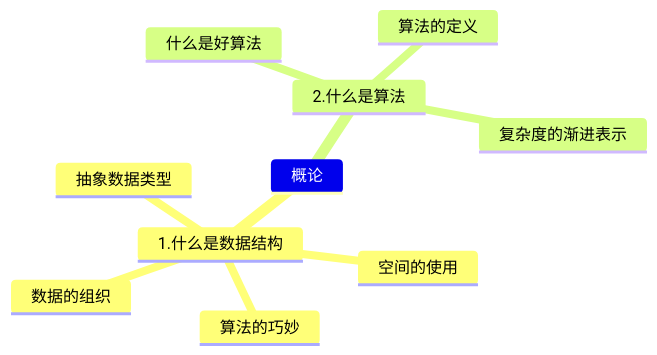
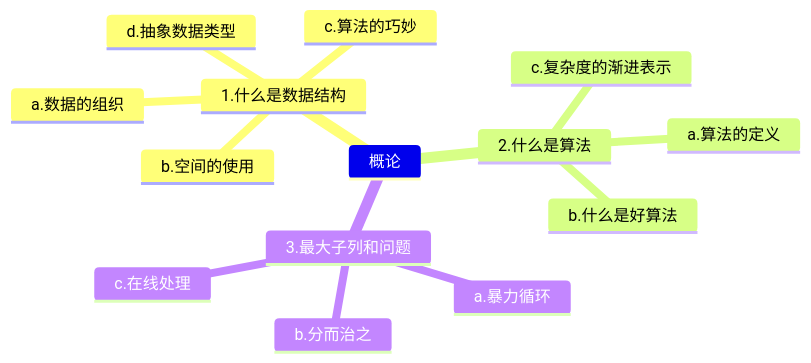
The first of 5 diagrams in 数据结构.md (novpath/Data-Structure), drawn with Mermaid before and after one commit. The commit also changed other lines of this file and 4 other files, not shown here.

````diff
--- a/数据结构.md
+++ b/数据结构.md
@@ -5,13 +5,17 @@
 ```mermaid
 mindmap
 	概论
 		1.什么是数据结构
-			数据的组织
-			空间的使用
-			算法的巧妙
-			抽象数据类型
+			a.数据的组织
+			b.空间的使用
+			c.算法的巧妙
+			d.抽象数据类型
 		2.什么是算法
-			算法的定义
-			什么是好算法
-			复杂度的渐进表示
+			a.算法的定义
+			b.什么是好算法
+			c.复杂度的渐进表示
+		3.最大子列和问题
+			a.暴力循环
+			b.分而治之
+			c.在线处理
 ```
````
